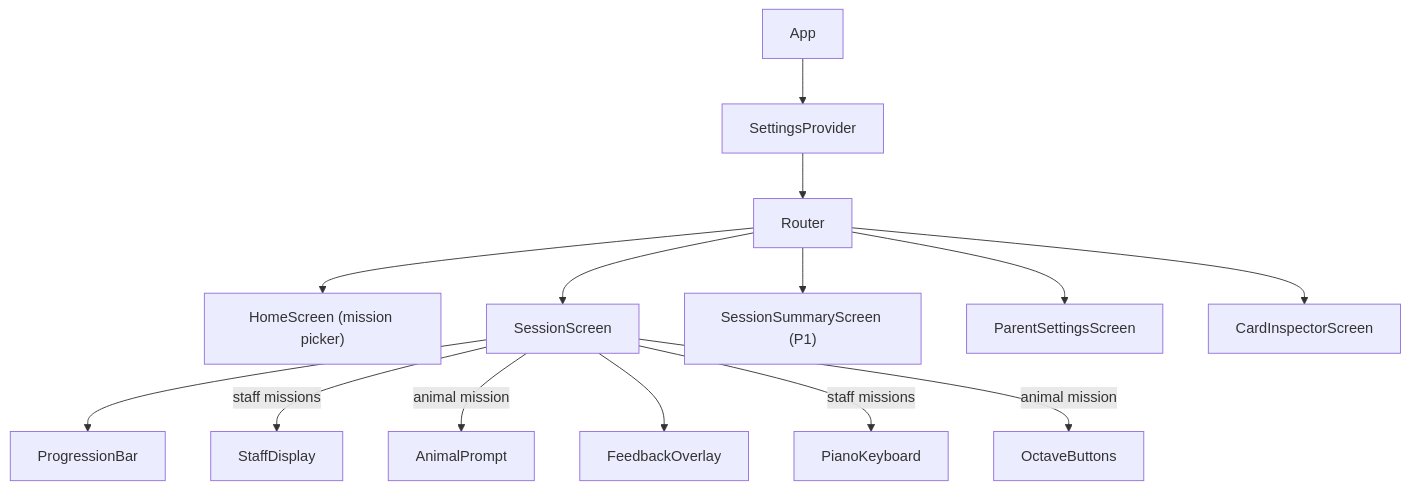
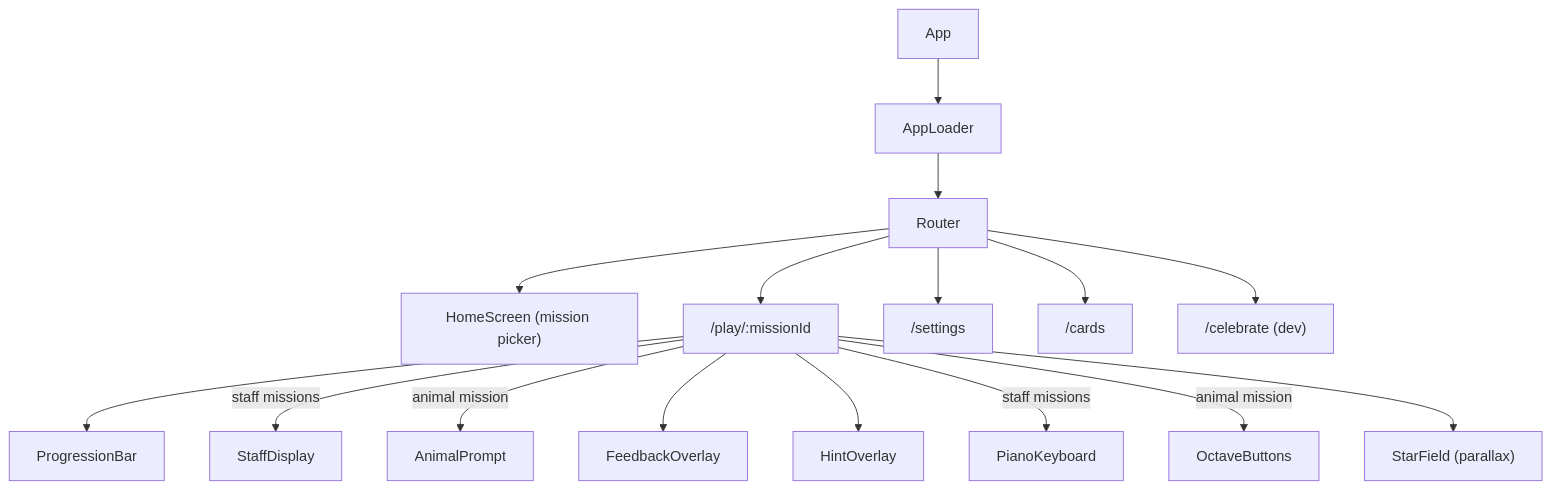
One commit to dpkay/vibeyond changed the second of 2 diagrams in docs/TDD.md. Above: the diagram before and after it, drawn with Mermaid. The commit also changed other lines of this file and 9 other files, not shown here.

````diff
--- a/docs/TDD.md
+++ b/docs/TDD.md
@@ -65,16 +83,18 @@
 ```mermaid
 graph TD
-    App --> SettingsProvider
-    SettingsProvider --> Router
+    App --> AppLoader
+    AppLoader --> Router
     Router --> HomeScreen["HomeScreen (mission picker)"]
-    Router --> SessionScreen
-    Router --> SessionSummaryScreen["SessionSummaryScreen (P1)"]
-    Router --> ParentSettingsScreen
-    Router --> CardInspectorScreen
+    Router --> SessionScreen["/play/:missionId"]
+    Router --> ParentSettingsScreen["/settings"]
+    Router --> CardInspectorScreen["/cards"]
+    Router --> Celebration["/celebrate (dev)"]
     SessionScreen --> ProgressionBar
     SessionScreen -->|staff missions| StaffDisplay
     SessionScreen -->|animal mission| AnimalPrompt
     SessionScreen --> FeedbackOverlay
+    SessionScreen --> HintOverlay
     SessionScreen -->|staff missions| PianoKeyboard
     SessionScreen -->|animal mission| OctaveButtons
+    SessionScreen --> StarField["StarField (parallax)"]
 ```
````
